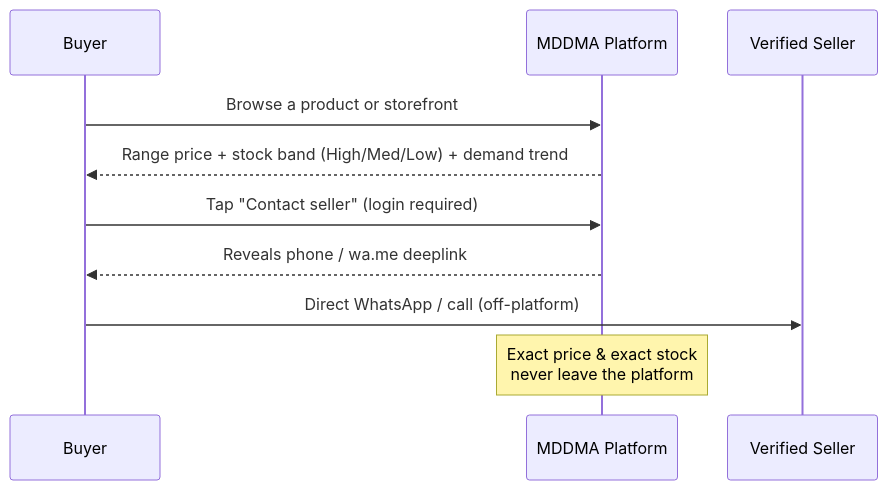
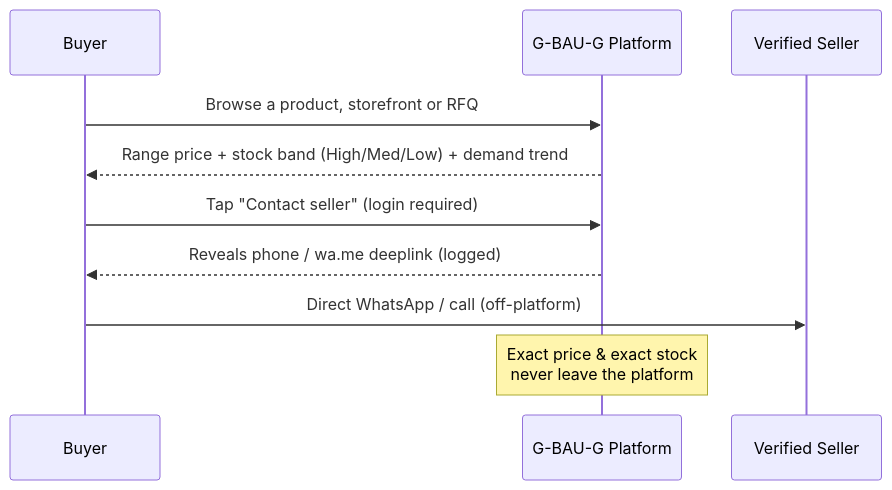
The first of 2 diagrams in src/content/docs/01-vision-and-pitch.md (arka97/mddma-test), drawn with Mermaid before and after one commit. The commit also changed other lines of this file and 7 other files, not shown here.

````diff
--- a/src/content/docs/01-vision-and-pitch.md
+++ b/src/content/docs/01-vision-and-pitch.md
@@ -34,12 +21,12 @@
 ```mermaid
 sequenceDiagram
     participant B as Buyer
-    participant P as MDDMA Platform
+    participant P as G-BAU-G Platform
     participant S as Verified Seller
-    B->>P: Browse a product or storefront
+    B->>P: Browse a product, storefront or RFQ
     P-->>B: Range price + stock band (High/Med/Low) + demand trend
     B->>P: Tap "Contact seller" (login required)
-    P-->>B: Reveals phone / wa.me deeplink
+    P-->>B: Reveals phone / wa.me deeplink (logged)
     B->>S: Direct WhatsApp / call (off-platform)
     Note over P: Exact price & exact stock<br/>never leave the platform
 ```
````
